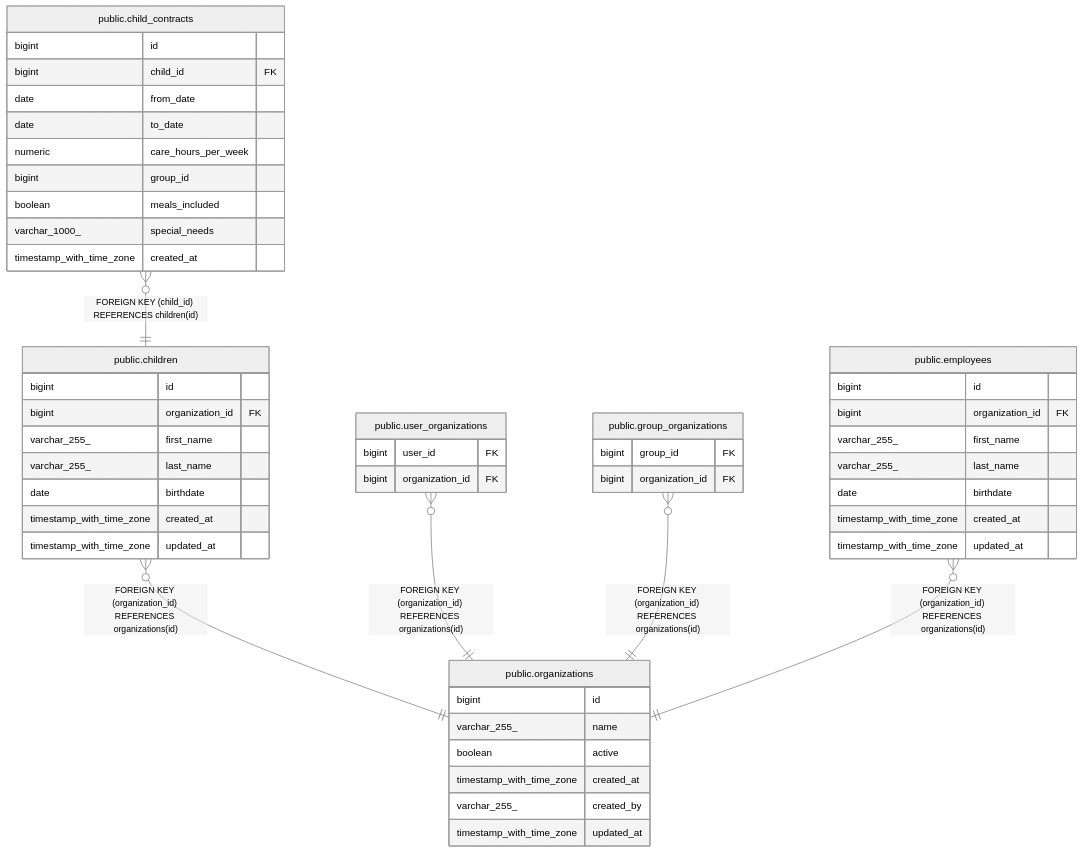
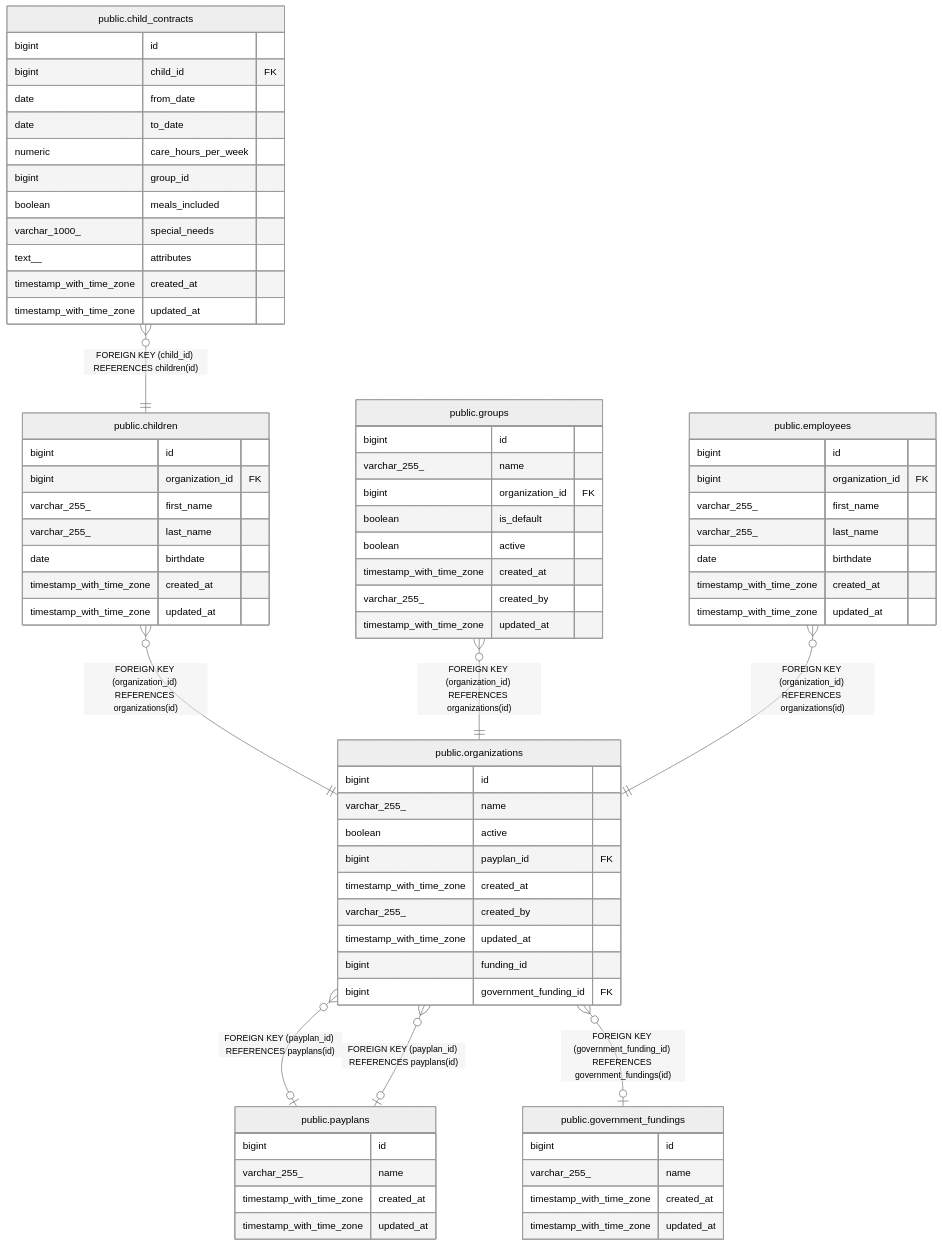
Before and after one commit to toabctl/kitamanager-go: the diagram in docs/schema/public.children.md, drawn with Mermaid (neutral theme). The commit also changed 41 other files, not shown here.

````diff
--- a/docs/schema/public.children.md
+++ b/docs/schema/public.children.md
@@ -38,55 +38,76 @@
 ```mermaid
 erDiagram
 
 "public.child_contracts" }o--|| "public.children" : "FOREIGN KEY (child_id) REFERENCES children(id)"
 "public.children" }o--|| "public.organizations" : "FOREIGN KEY (organization_id) REFERENCES organizations(id)"
-"public.user_organizations" }o--|| "public.organizations" : "FOREIGN KEY (organization_id) REFERENCES organizations(id)"
-"public.group_organizations" }o--|| "public.organizations" : "FOREIGN KEY (organization_id) REFERENCES organizations(id)"
+"public.groups" }o--|| "public.organizations" : "FOREIGN KEY (organization_id) REFERENCES organizations(id)"
 "public.employees" }o--|| "public.organizations" : "FOREIGN KEY (organization_id) REFERENCES organizations(id)"
+"public.organizations" }o--o| "public.payplans" : "FOREIGN KEY (payplan_id) REFERENCES payplans(id)"
+"public.organizations" }o--o| "public.payplans" : "FOREIGN KEY (payplan_id) REFERENCES payplans(id)"
+"public.organizations" }o--o| "public.government_fundings" : "FOREIGN KEY (government_funding_id) REFERENCES government_fundings(id)"
 
 "public.children" {
   bigint id
   bigint organization_id FK
   varchar_255_ first_name
   varchar_255_ last_name
   date birthdate
   timestamp_with_time_zone created_at
   timestamp_with_time_zone updated_at
 }
 "public.child_contracts" {
   bigint id
   bigint child_id FK
   date from_date
   date to_date
   numeric care_hours_per_week
   bigint group_id
   boolean meals_included
   varchar_1000_ special_needs
+  text__ attributes
   timestamp_with_time_zone created_at
+  timestamp_with_time_zone updated_at
 }
 "public.organizations" {
   bigint id
   varchar_255_ name
   boolean active
+  bigint payplan_id FK
   timestamp_with_time_zone created_at
   varchar_255_ created_by
   timestamp_with_time_zone updated_at
+  bigint funding_id
+  bigint government_funding_id FK
 }
-"public.user_organizations" {
-  bigint user_id FK
+"public.groups" {
+  bigint id
+  varchar_255_ name
   bigint organization_id FK
-}
-"public.group_organizations" {
-  bigint group_id FK
-  bigint organization_id FK
+  boolean is_default
+  boolean active
+  timestamp_with_time_zone created_at
+  varchar_255_ created_by
+  timestamp_with_time_zone updated_at
 }
 "public.employees" {
   bigint id
   bigint organization_id FK
   varchar_255_ first_name
   varchar_255_ last_name
   date birthdate
   timestamp_with_time_zone created_at
   timestamp_with_time_zone updated_at
 }
+"public.payplans" {
+  bigint id
+  varchar_255_ name
+  timestamp_with_time_zone created_at
+  timestamp_with_time_zone updated_at
+}
+"public.government_fundings" {
+  bigint id
+  varchar_255_ name
+  timestamp_with_time_zone created_at
+  timestamp_with_time_zone updated_at
+}
 ```
````
